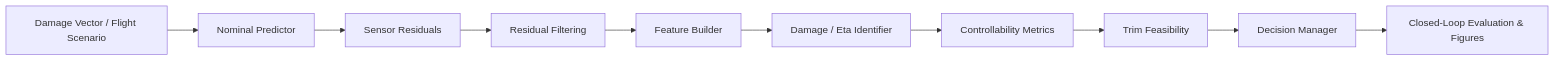
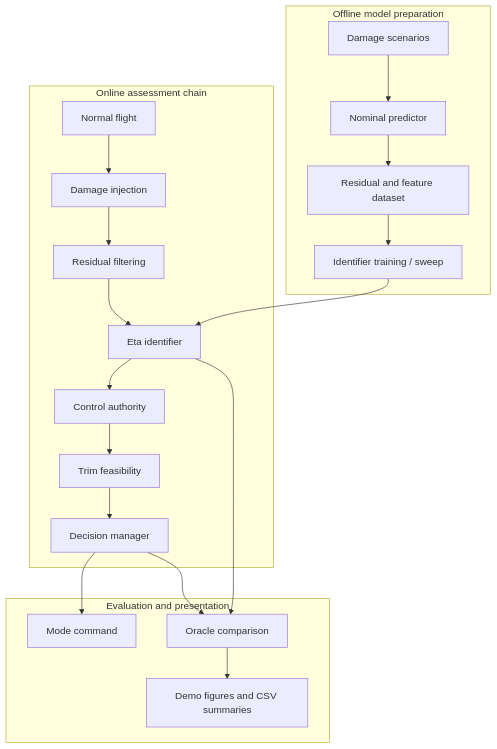
One commit to Markslenin/Aircraft-damage-assessment-and-decision changed the diagram in README.md. Above: the diagram before and after it, drawn with Mermaid. The commit also changed other lines of this file and 2 other files, not shown here.

Commit message:
Improve README pipeline and demo figure showcase

````diff
--- a/README.md
+++ b/README.md
@@ -74,12 +74,26 @@
 ```mermaid
-flowchart LR
-    A["Damage Vector / Flight Scenario"] --> B["Nominal Predictor"]
-    B --> C["Sensor Residuals"]
-    C --> D["Residual Filtering"]
-    D --> E["Feature Builder"]
-    E --> F["Damage / Eta Identifier"]
-    F --> G["Controllability Metrics"]
-    G --> H["Trim Feasibility"]
-    H --> I["Decision Manager"]
-    I --> J["Closed-Loop Evaluation & Figures"]
+flowchart TD
+    subgraph Offline["Offline model preparation"]
+        A["Damage scenarios"] --> B["Nominal predictor"]
+        B --> C["Residual and feature dataset"]
+        C --> D["Identifier training / sweep"]
+    end
+
+    subgraph Online["Online assessment chain"]
+        E["Normal flight"] --> F["Damage injection"]
+        F --> G["Residual filtering"]
+        G --> H["Eta identifier"]
+        H --> I["Control authority"]
+        I --> J["Trim feasibility"]
+        J --> K["Decision manager"]
+    end
+
+    subgraph Outputs["Evaluation and presentation"]
+        K --> L["Mode command"]
+        K --> M["Oracle comparison"]
+        H --> M
+        M --> N["Demo figures and CSV summaries"]
+    end
+
+    D --> H
 ```
````
